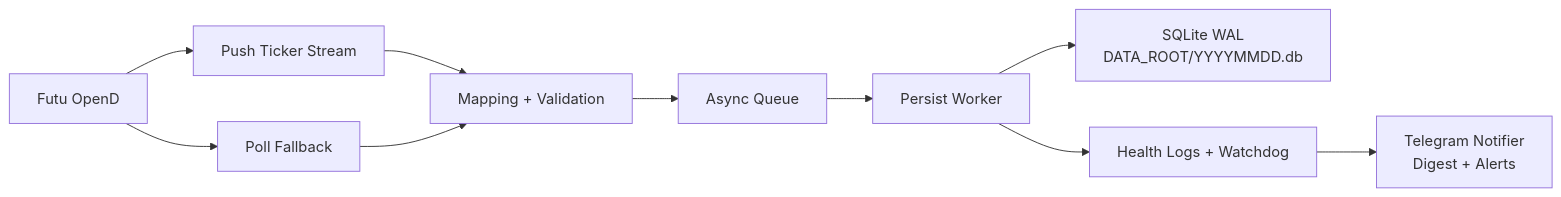
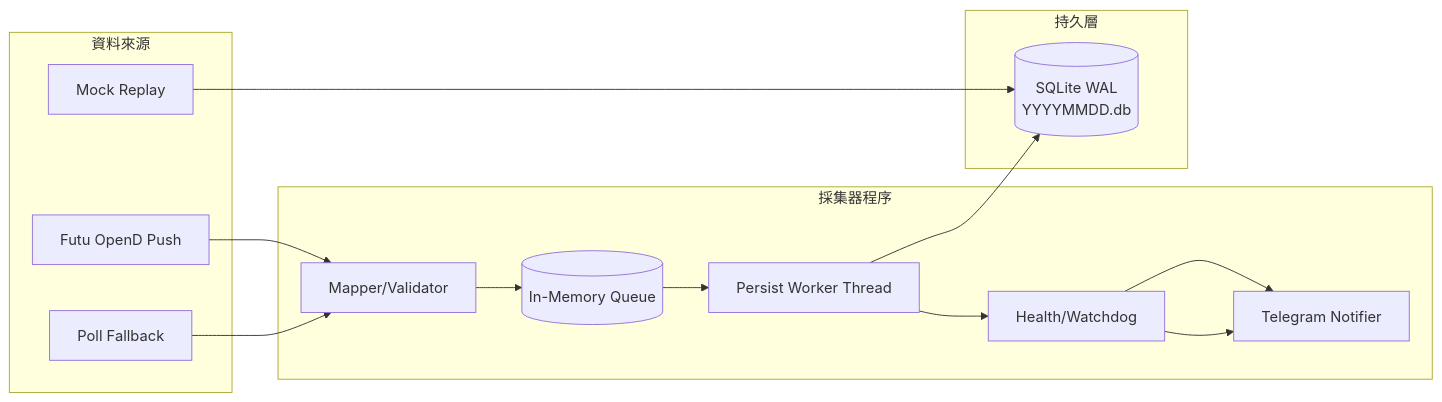
One commit to billpwchan/futu_tick_downloader changed the diagram in README.md. Above: the diagram before and after it, drawn with Mermaid. The commit also changed other lines of this file and 68 other files, not shown here.

````diff
--- a/README.md
+++ b/README.md
@@ -59,12 +65,27 @@
 ```mermaid
 flowchart LR
-    A["Futu OpenD"] --> B["Push Ticker Stream"]
-    A --> C["Poll Fallback"]
-    B --> D["Mapping + Validation"]
-    C --> D
-    D --> E["Async Queue"]
-    E --> F["Persist Worker"]
-    F --> G["SQLite WAL\nDATA_ROOT/YYYYMMDD.db"]
-    F --> H["Health Logs + Watchdog"]
-    H --> I["Telegram Notifier\nDigest + Alerts"]
+    subgraph Source[資料來源]
+      A[Futu OpenD Push]
+      B[Poll Fallback]
+      M[Mock Replay]
+    end
+
+    subgraph Collector[採集器程序]
+      C[Mapper/Validator]
+      Q[(In-Memory Queue)]
+      W[Persist Worker Thread]
+      H[Health/Watchdog]
+      N[Telegram Notifier]
+    end
+
+    subgraph Storage[持久層]
+      S[(SQLite WAL<br/>YYYYMMDD.db)]
+    end
+
+    A --> C
+    B --> C
+    M --> S
+    C --> Q --> W --> S
+    W --> H --> N
+    H --> N
 ```
````
